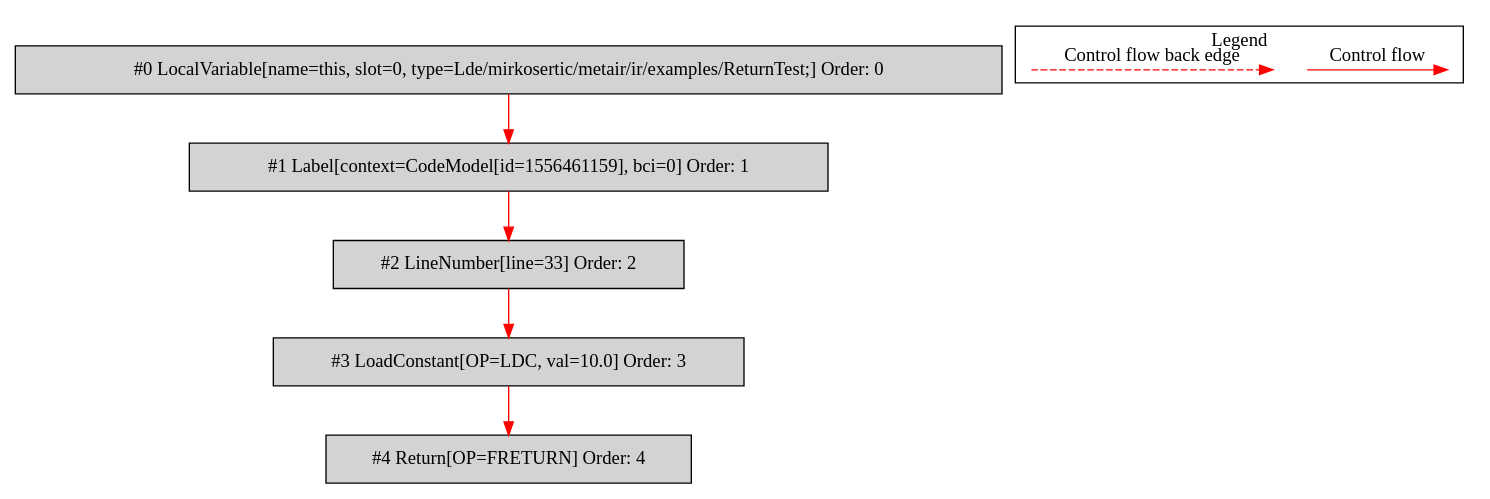
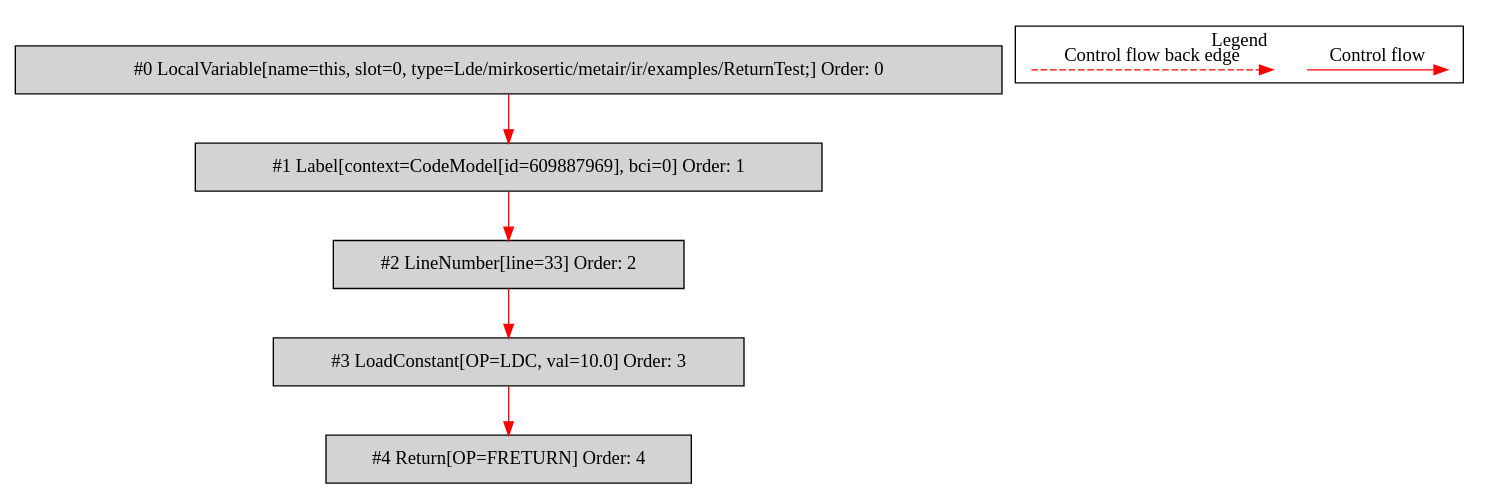
One commit to mirkosertic/MetaIR changed the diagram in de.mirkosertic.metair.ir.examples.ReturnTest/returnFloat/bytecodecfg.dot. Above: the diagram before and after it, drawn with Graphviz. The commit also changed 779 other files, not shown here.

```diff
--- a/de.mirkosertic.metair.ir.examples.ReturnTest/returnFloat/bytecodecfg.dot
+++ b/de.mirkosertic.metair.ir.examples.ReturnTest/returnFloat/bytecodecfg.dot
@@ -1,25 +1,25 @@
 digraph {
  node0[label="#0 LocalVariable[name=this, slot=0, type=Lde/mirkosertic/metair/ir/examples/ReturnTest;] Order: 0", shape=box, fillcolor=lightgrey, style=filled];
- node1[label="#1 Label[context=CodeModel[id=1556461159], bci=0] Order: 1", shape=box, fillcolor=lightgrey, style=filled];
+ node1[label="#1 Label[context=CodeModel[id=609887969], bci=0] Order: 1", shape=box, fillcolor=lightgrey, style=filled];
  node2[label="#2 LineNumber[line=33] Order: 2", shape=box, fillcolor=lightgrey, style=filled];
  node3[label="#3 LoadConstant[OP=LDC, val=10.0] Order: 3", shape=box, fillcolor=lightgrey, style=filled];
  node4[label="#4 Return[OP=FRETURN] Order: 4", shape=box, fillcolor=lightgrey, style=filled];
  node0 -> node1[color=red];
  node1 -> node2[color=red];
  node2 -> node3[color=red];
  node3 -> node4[color=red];
  subgraph cluster_000 {
   label = "Legend";
   node [shape=point]
   {
    rank=same;
    c0 [style = invis];
    c1 [style = invis];
    c2 [style = invis];
    c3 [style = invis];
   }
   c0 -> c1 [label="Control flow", style=solid, color=red]
   c2 -> c3 [label="Control flow back edge", style=dashed, color=red]
  }
 
 }
```
